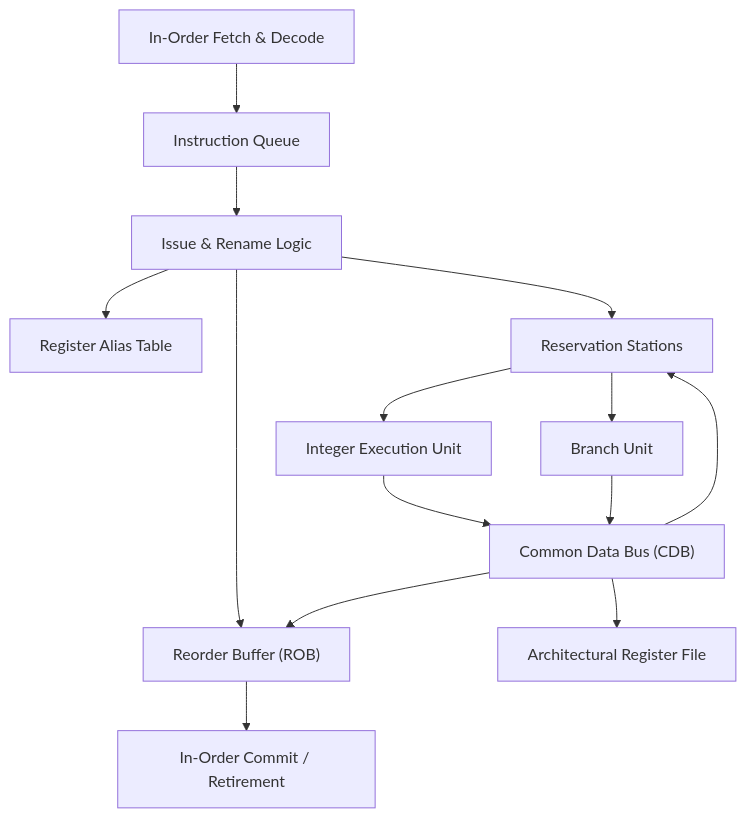
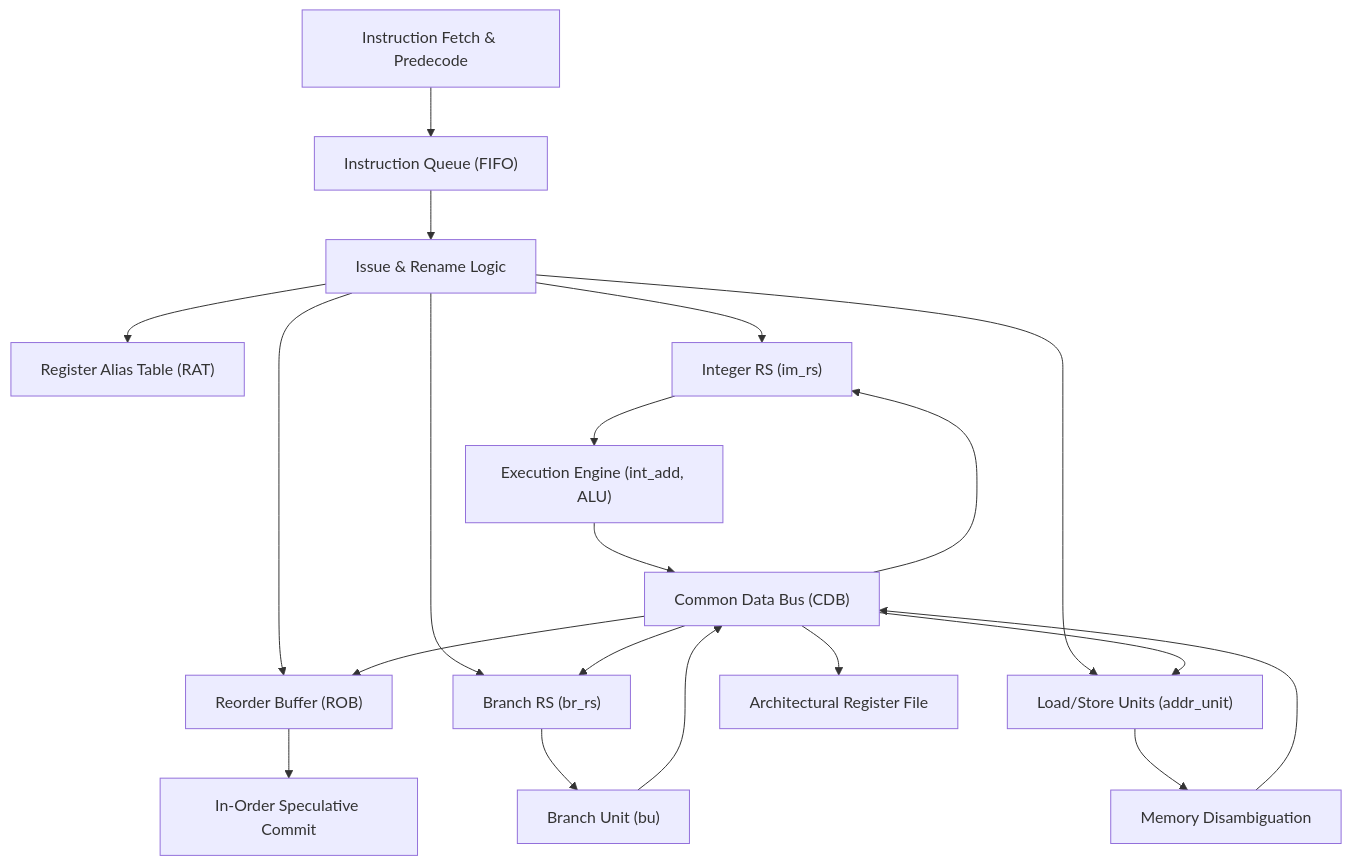
Before and after one commit to shausindustries/Mips_32_processor: the second of 2 diagrams in README.md, drawn with Mermaid. The commit also changed other lines of this file, not shown here.

````diff
--- a/README.md
+++ b/README.md
@@ -80,20 +124,26 @@
 ```mermaid
 graph TD
-    FETCH["In-Order Fetch & Decode"] --> IQ["Instruction Queue"]
+    FETCH["Instruction Fetch & Predecode"] --> IQ["Instruction Queue (FIFO)"]
     IQ --> ISSUE["Issue & Rename Logic"]
-    ISSUE --> RAT["Register Alias Table"]
+    ISSUE --> RAT["Register Alias Table (RAT)"]
     ISSUE --> ROB["Reorder Buffer (ROB)"]
-    ISSUE --> RS["Reservation Stations"]
+    ISSUE --> RS_INT["Integer RS (im_rs)"]
+    ISSUE --> RS_BR["Branch RS (br_rs)"]
+    ISSUE --> RS_MEM["Load/Store Units (addr_unit)"]
     
-    RS --> EX_INT["Integer Execution Unit"]
-    RS --> EX_BR["Branch Unit"]
+    RS_INT --> ALU["Execution Engine (int_add, ALU)"]
+    RS_BR --> BU["Branch Unit (bu)"]
+    RS_MEM --> L1["Memory Disambiguation"]
     
-    EX_INT --> CDB["Common Data Bus (CDB)"]
-    EX_BR --> CDB
+    ALU --> CDB["Common Data Bus (CDB)"]
+    BU --> CDB
+    L1 --> CDB
     
-    CDB --> RS
+    CDB --> RS_INT
+    CDB --> RS_BR
+    CDB --> RS_MEM
     CDB --> ROB
-    CDB --> RF["Architectural Register File"]
+    CDB --> ARF["Architectural Register File"]
     
-    ROB --> RETIRE["In-Order Commit / Retirement"]
+    ROB --> COMMIT["In-Order Speculative Commit"]
 ```
````
